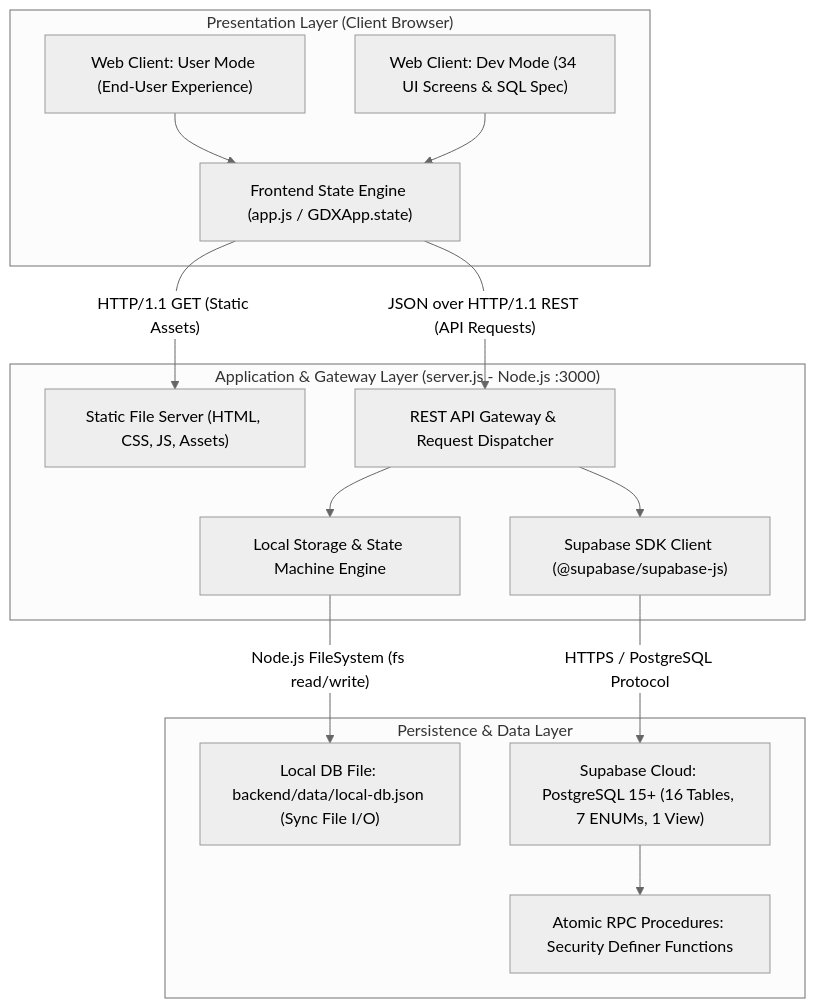
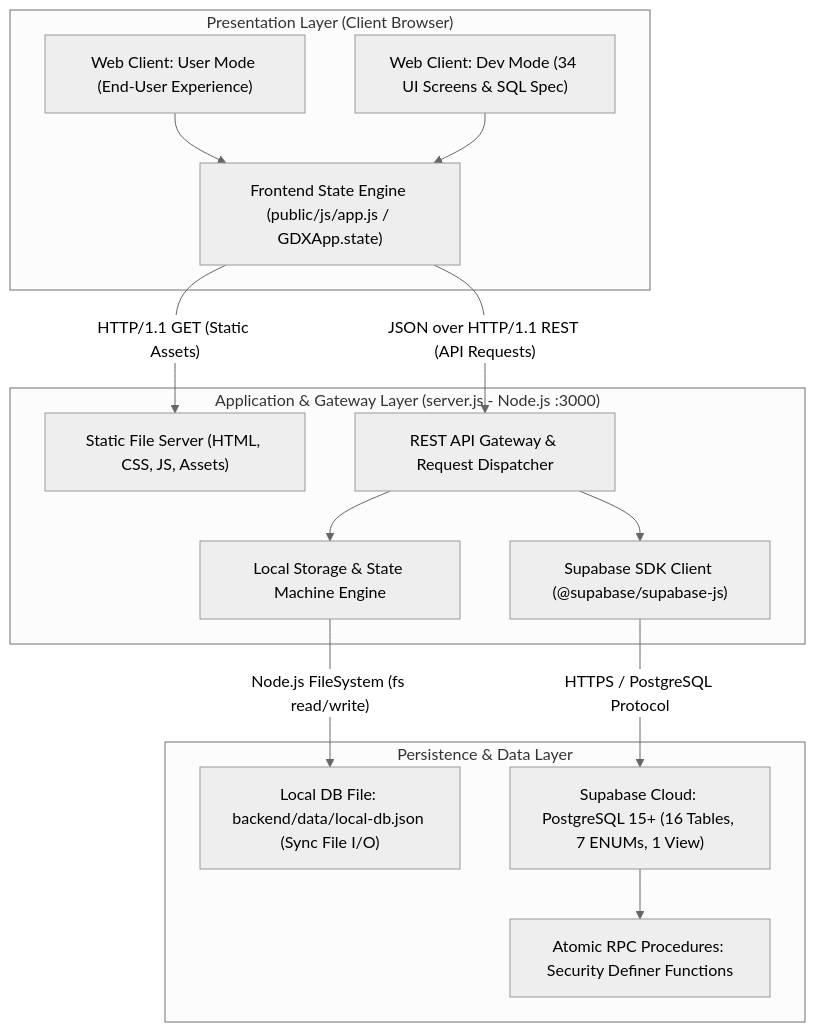
Before and after one commit to 24520460/giadinhxanh: the diagram in docs/ARCHITECTURE.md, drawn with Mermaid (neutral theme). The commit also changed other lines of this file and 13 other files, not shown here.

````diff
--- a/docs/ARCHITECTURE.md
+++ b/docs/ARCHITECTURE.md
@@ -58,33 +58,33 @@
 ```mermaid
 graph TD
     subgraph ClientLayer["Presentation Layer (Client Browser)"]
         UserUI["Web Client: User Mode (End-User Experience)"]
         DevUI["Web Client: Dev Mode (34 UI Screens & SQL Spec)"]
-        ClientState["Frontend State Engine (app.js / GDXApp.state)"]
+        ClientState["Frontend State Engine (public/js/app.js / GDXApp.state)"]
         UserUI --> ClientState
         DevUI --> ClientState
     end
 
     subgraph ServerLayer["Application & Gateway Layer (server.js - Node.js :3000)"]
         StaticServer["Static File Server (HTML, CSS, JS, Assets)"]
         ApiRouter["REST API Gateway & Request Dispatcher"]
         LocalEngine["Local Storage & State Machine Engine"]
         SupabaseClient["Supabase SDK Client (@supabase/supabase-js)"]
 
         ClientState -- "HTTP/1.1 GET (Static Assets)" --> StaticServer
         ClientState -- "JSON over HTTP/1.1 REST (API Requests)" --> ApiRouter
 
         ApiRouter --> LocalEngine
         ApiRouter --> SupabaseClient
     end
 
     subgraph DataLayer["Persistence & Data Layer"]
         LocalFile["Local DB File: backend/data/local-db.json (Sync File I/O)"]
         RemoteDB["Supabase Cloud: PostgreSQL 15+ (16 Tables, 7 ENUMs, 1 View)"]
         RpcProcedures["Atomic RPC Procedures: Security Definer Functions"]
 
         LocalEngine -- "Node.js FileSystem (fs read/write)" --> LocalFile
         SupabaseClient -- "HTTPS / PostgreSQL Protocol" --> RemoteDB
         RemoteDB --> RpcProcedures
     end
 ```
````
